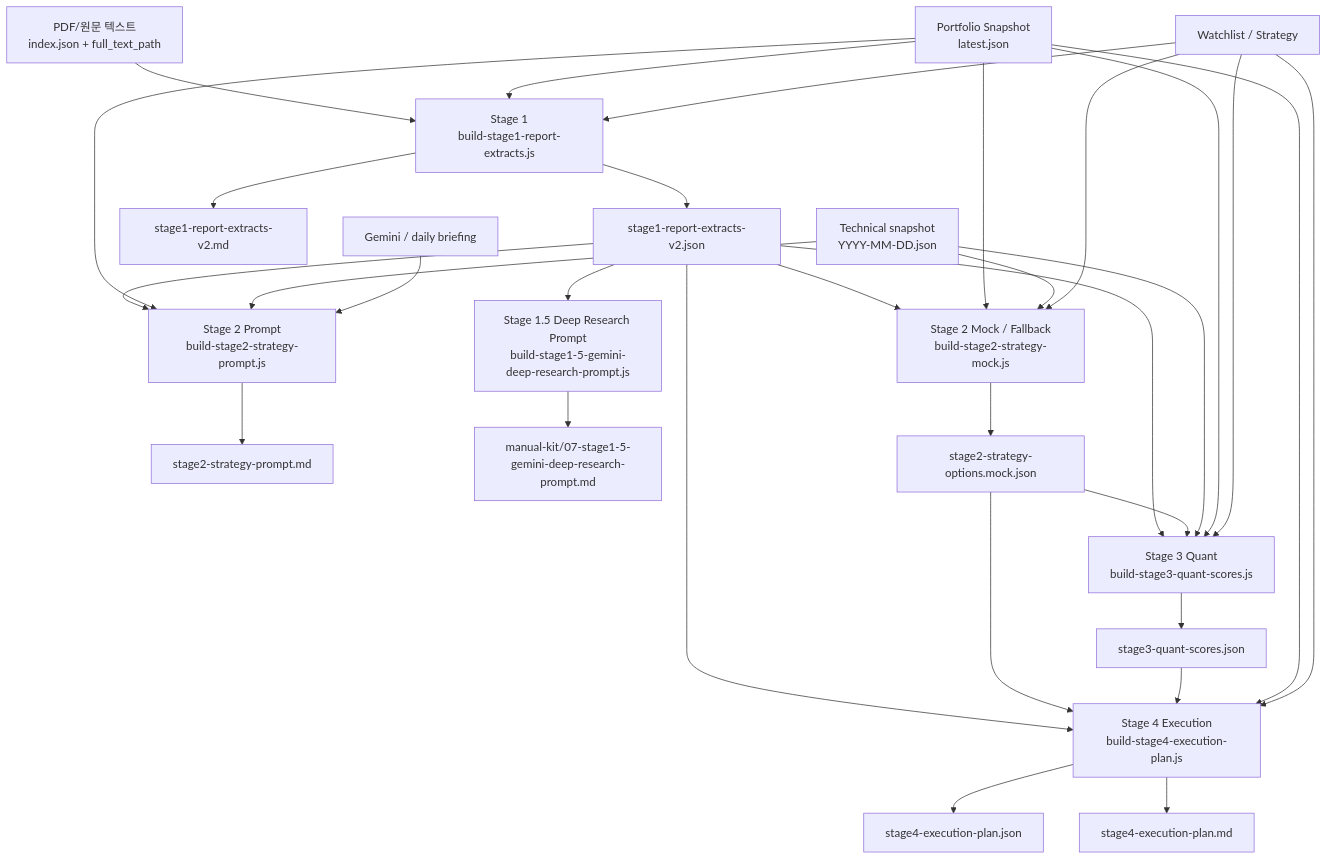
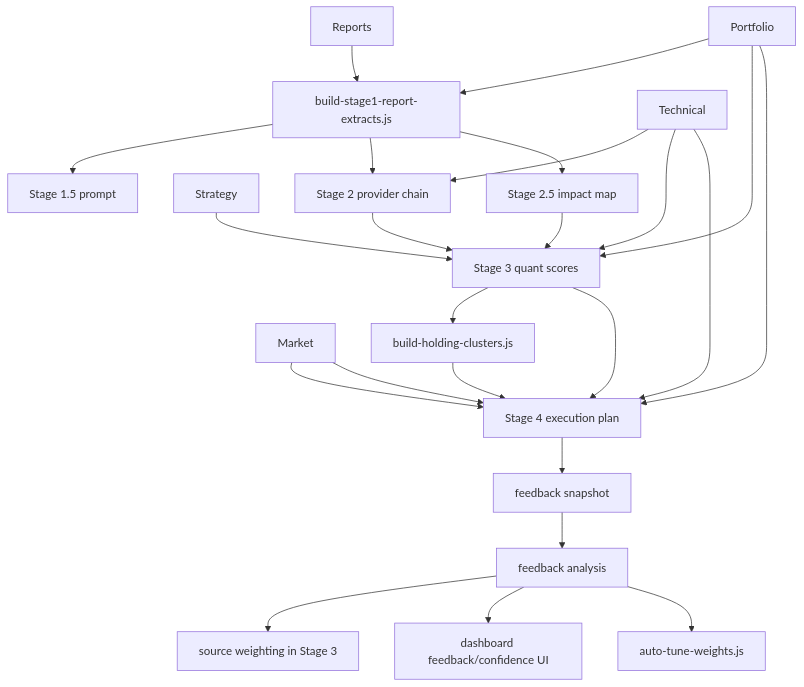
The diagram in docs/STAGE_1_4_ARCHITECTURE.md (sgdrudejr/EcoReport), drawn with Mermaid before and after one commit. The commit also changed other lines of this file and 7 other files, not shown here.

````diff
--- a/docs/STAGE_1_4_ARCHITECTURE.md
+++ b/docs/STAGE_1_4_ARCHITECTURE.md
@@ -29,39 +19,30 @@
 ```mermaid
 flowchart TD
-    A["PDF/원문 텍스트\nindex.json + full_text_path"] --> B["Stage 1\nbuild-stage1-report-extracts.js"]
-    P["Portfolio Snapshot\nlatest.json"] --> B
-    W["Watchlist / Strategy"] --> B
+    R["Reports"] --> S1["Stage 1"]
+    P["Portfolio"] --> S1
+    T["Technical"] --> S2
+    W["Strategy"] --> S3
+    M["Market"] --> S4
 
-    B --> B1["stage1-report-extracts-v2.json"]
-    B --> B2["stage1-report-extracts-v2.md"]
+    S1["build-stage1-report-extracts.js"] --> S15["Stage 1.5 prompt"]
+    S1 --> S2["Stage 2 provider chain"]
+    S1 --> I["Stage 2.5 impact map"]
 
-    B1 --> C["Stage 2 Prompt\nbuild-stage2-strategy-prompt.js"]
-    P --> C
-    T["Technical snapshot\nYYYY-MM-DD.json"] --> C
-    G["Gemini / daily briefing"] --> C
-    C --> C1["stage2-strategy-prompt.md"]
+    S2 --> S3["Stage 3 quant scores"]
+    I --> S3
+    T --> S3
+    P --> S3
 
-    B1 --> DR["Stage 1.5 Deep Research Prompt\nbuild-stage1-5-gemini-deep-research-prompt.js"]
-    DR --> DR1["manual-kit/07-stage1-5-gemini-deep-research-prompt.md"]
+    S3 --> C["build-holding-clusters.js"]
+    S3 --> S4["Stage 4 execution plan"]
+    C --> S4
+    T --> S4
+    P --> S4
+    M --> S4
 
-    B1 --> D["Stage 2 Mock / Fallback\nbuild-stage2-strategy-mock.js"]
-    P --> D
-    T --> D
-    W --> D
-    D --> D1["stage2-strategy-options.mock.json"]
-
-    B1 --> E["Stage 3 Quant\nbuild-stage3-quant-scores.js"]
-    D1 --> E
-    T --> E
-    P --> E
-    W --> E
-    E --> E1["stage3-quant-scores.json"]
-
-    B1 --> F["Stage 4 Execution\nbuild-stage4-execution-plan.js"]
-    D1 --> F
-    E1 --> F
-    P --> F
-    W --> F
-    F --> F1["stage4-execution-plan.json"]
-    F --> F2["stage4-execution-plan.md"]
+    S4 --> FS["feedback snapshot"]
+    FS --> FA["feedback analysis"]
+    FA --> ST3["source weighting in Stage 3"]
+    FA --> UI["dashboard feedback/confidence UI"]
+    FA --> AT["auto-tune-weights.js"]
 ```
````
